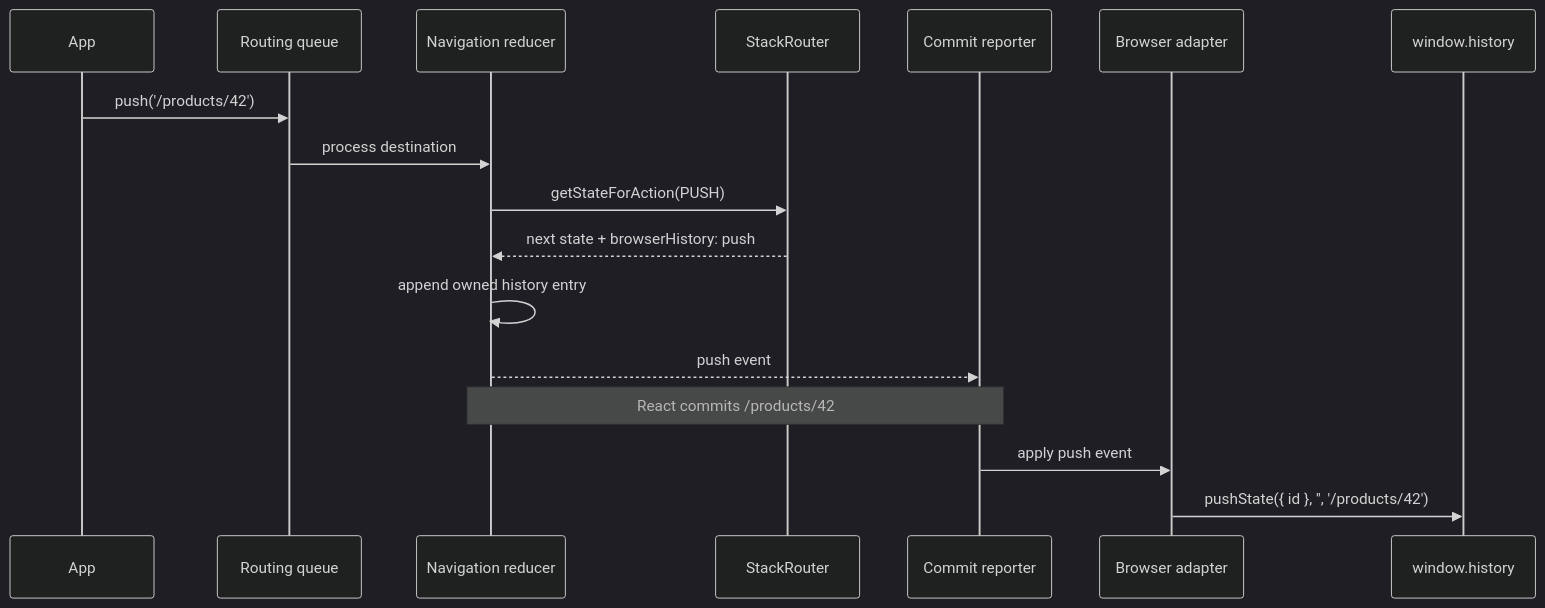
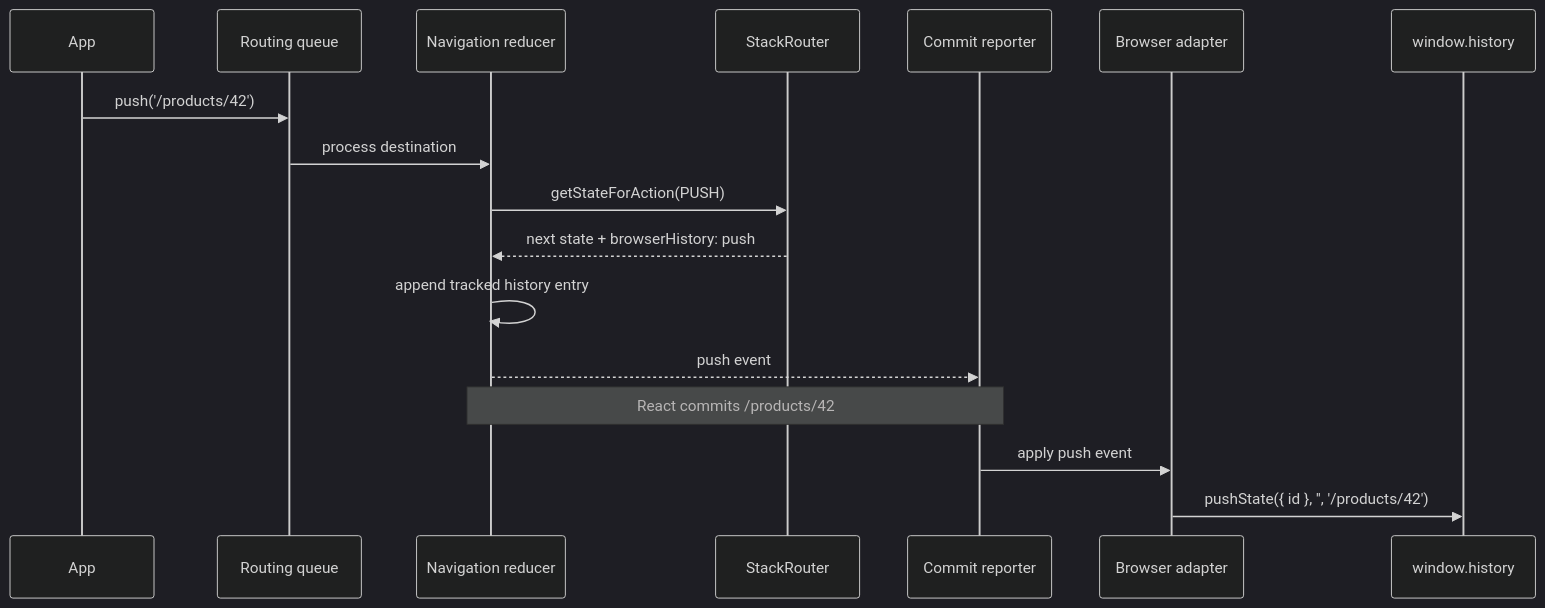
The second of 3 diagrams in PR_EXPLAINED.md (expo/expo), drawn with Mermaid (dark theme) before and after one commit. The commit also changed other lines of this file and 9 other files, not shown here.

Commit message:
[router][web] Rename owned history entries to tracked

````diff
--- a/PR_EXPLAINED.md
+++ b/PR_EXPLAINED.md
@@ -249,20 +249,20 @@
 ```mermaid
 sequenceDiagram
     participant App
     participant Queue as Routing queue
     participant Reducer as Navigation reducer
     participant Stack as StackRouter
     participant Report as Commit reporter
     participant Adapter as Browser adapter
     participant Browser as window.history
 
     App->>Queue: push('/products/42')
     Queue->>Reducer: process destination
     Reducer->>Stack: getStateForAction(PUSH)
     Stack-->>Reducer: next state + browserHistory: push
-    Reducer->>Reducer: append owned history entry
+    Reducer->>Reducer: append tracked history entry
     Reducer-->>Report: push event
     Note over Reducer,Report: React commits /products/42
     Report->>Adapter: apply push event
     Adapter->>Browser: pushState({ id }, '', '/products/42')
 ```
````
